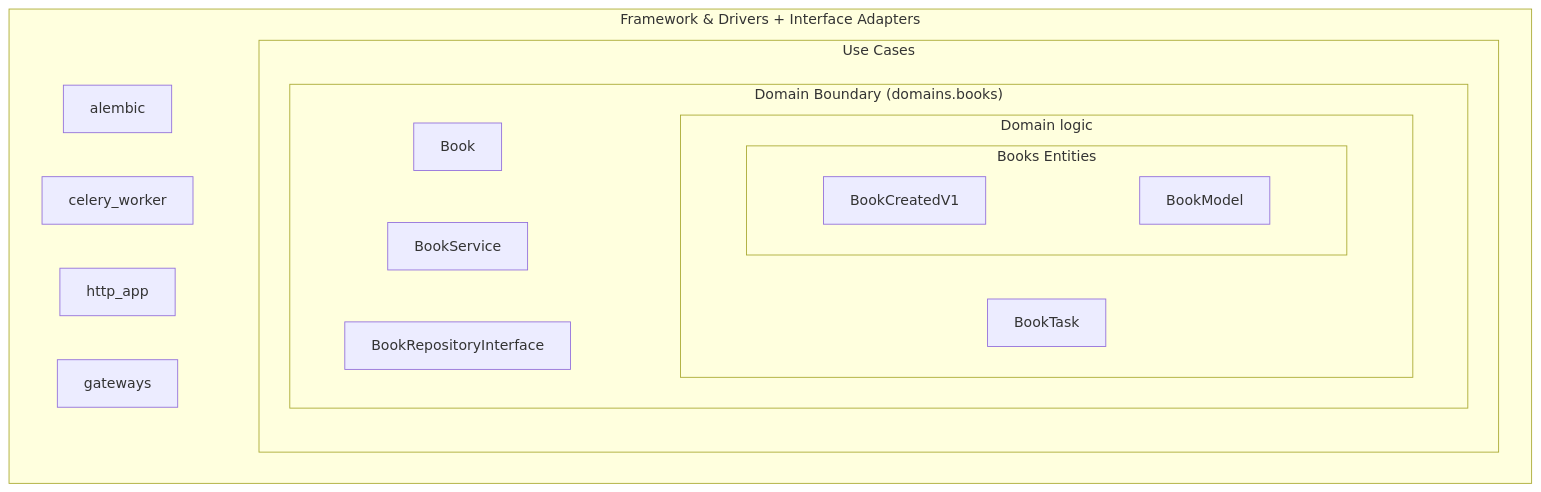
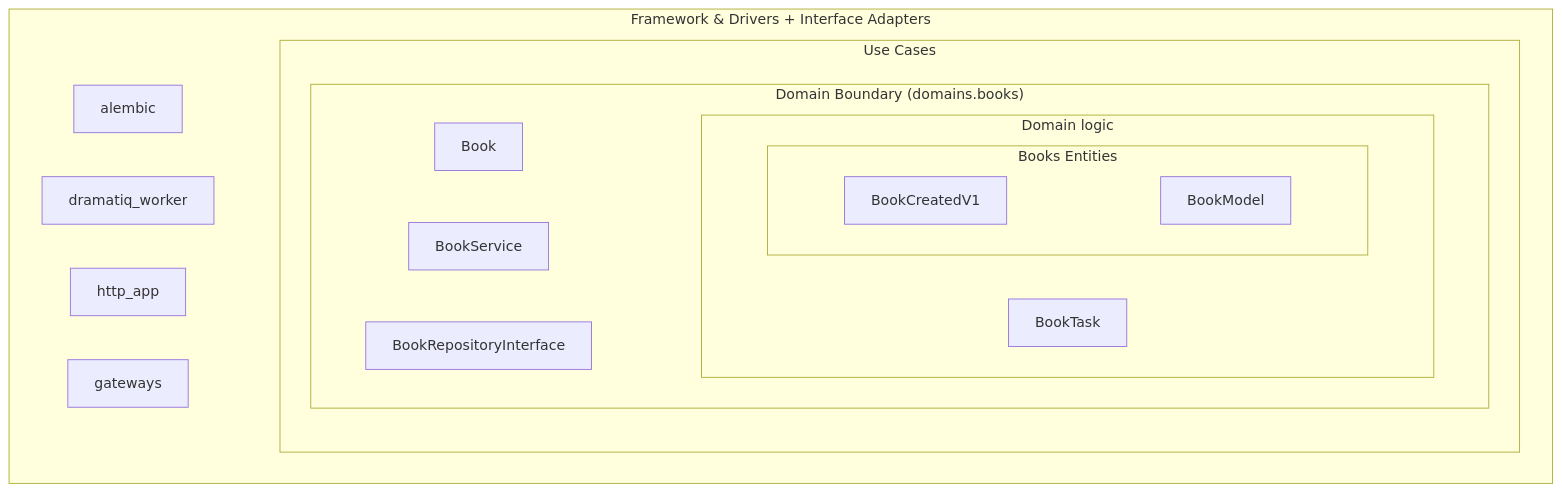
The first of 2 diagrams in docs/architecture.md (febus982/bootstrap-python-fastapi), drawn with Mermaid before and after one commit. The commit also changed other lines of this file and 29 other files, not shown here.

First line of the commit message:
Replace Celery with Dramatiq (#223)

````diff
--- a/docs/architecture.md
+++ b/docs/architecture.md
@@ -30,35 +30,35 @@
 ```mermaid
 flowchart TD
     subgraph "Framework & Drivers + Interface Adapters" 
         alembic
-        celery_worker
+        dramatiq_worker
         http_app
         gateways
         subgraph domains.books["Use Cases"]
             subgraph boundary["Domain Boundary (domains.books)"]
                 BookRepositoryInterface
                 Book
                 BookService
                 subgraph tasks["Domain logic"]
                     BookTask
                     subgraph entities["Books Entities"]
                         direction LR
                         BookModel
                         BookCreatedV1
                     end
                 end
             end
         end
     end
     
     alembic ~~~ domains.books
-    celery_worker ~~~ domains.books
+    dramatiq_worker ~~~ domains.books
     http_app ~~~ domains.books
     gateways ~~~ domains.books
     
     
     BookCreatedV1 ~~~ BookModel
     Book ~~~ tasks
     BookService ~~~ tasks
     BookRepositoryInterface ~~~ tasks
 ```
````
